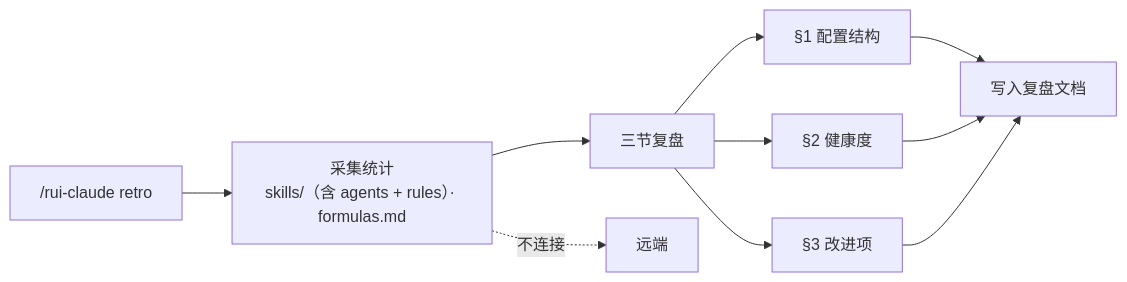
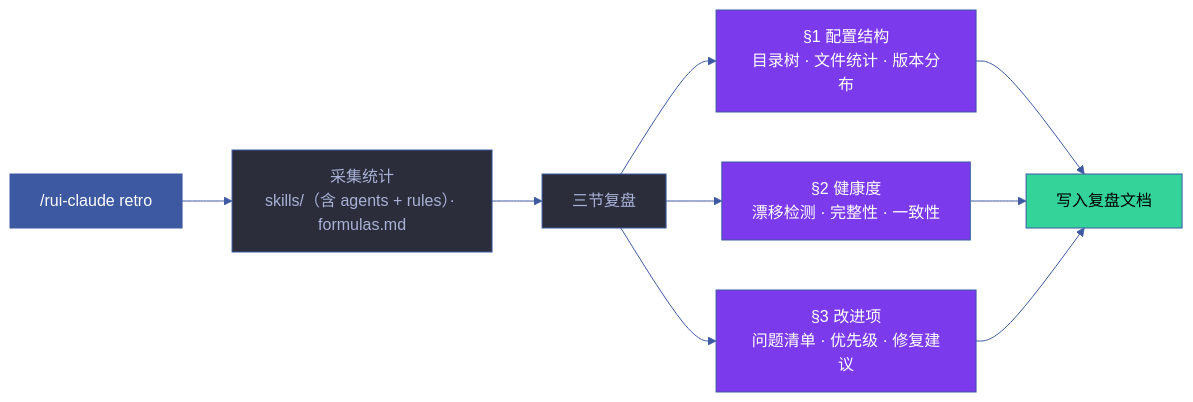
The fifth of 8 diagrams in skills/rui-claude/SKILL.md (effiy/YrY), drawn with Mermaid before and after one commit. The commit also changed other lines of this file and 1028 other files, not shown here.

````diff
--- a/skills/rui-claude/SKILL.md
+++ b/skills/rui-claude/SKILL.md
@@ -124,13 +158,22 @@
 ```mermaid
+%%{init: {'theme': 'base', 'themeVariables': {
+  'primaryColor': '#1e1f2b',
+  'primaryTextColor': '#a9b1d6',
+  'primaryBorderColor': '#3d59a1',
+  'lineColor': '#3d59a1',
+  'secondaryColor': '#2b2d3b',
+  'tertiaryColor': '#21232f'
+}}}%%
 flowchart LR
     TRIGGER["/rui-claude retro"]:::src --> COLLECT["采集统计<br/>skills/（含 agents + rules）· formulas.md"]:::op
     COLLECT --> WRITE["三节复盘"]:::op
-    WRITE --> S1["§1 配置结构"]:::section
-    WRITE --> S2["§2 健康度"]:::section
-    WRITE --> S3["§3 改进项"]:::section
+    WRITE --> S1["§1 配置结构<br/>目录树 · 文件统计 · 版本分布"]:::section
+    WRITE --> S2["§2 健康度<br/>漂移检测 · 完整性 · 一致性"]:::section
+    WRITE --> S3["§3 改进项<br/>问题清单 · 优先级 · 修复建议"]:::section
     S1 & S2 & S3 --> OUT["写入复盘文档"]:::out
 
-    COLLECT -.->|"不连接"| REMOTE["远端"]:::no
-
-
+    classDef src fill:#3d59a1,color:#fff
+    classDef op fill:#2b2d3b,stroke:#3d59a1,color:#a9b1d6
+    classDef section fill:#7c3aed,color:#fff
+    classDef out fill:#34d399,color:#000
 ```
````
